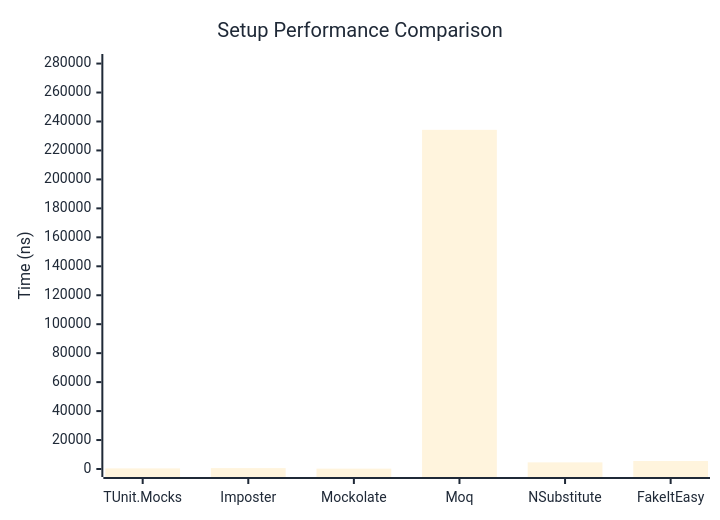
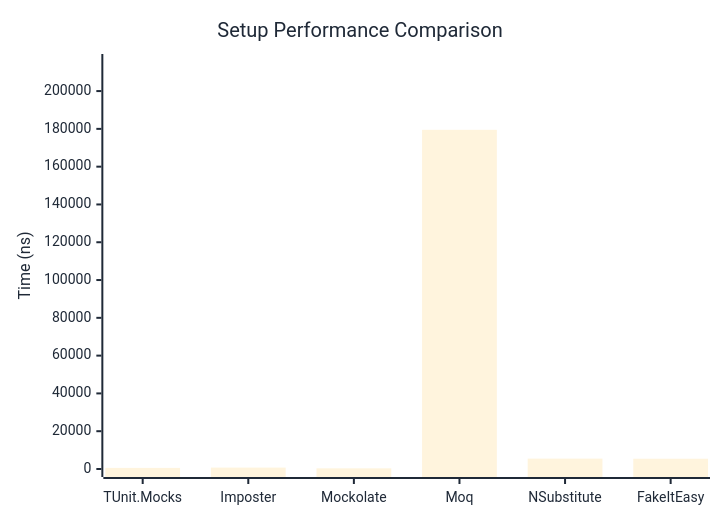
One commit to thomhurst/TUnit changed the first of 2 diagrams in docs/docs/benchmarks/mocks/Setup.md. Above: the diagram before and after it, drawn with Mermaid. The commit also changed other lines of this file and 14 other files, not shown here.

````diff
--- a/docs/docs/benchmarks/mocks/Setup.md
+++ b/docs/docs/benchmarks/mocks/Setup.md
@@ -30,27 +30,27 @@
 ```mermaid
 %%{init: {
   'theme':'base',
   'themeVariables': {
     'primaryColor': '#2563eb',
     'primaryTextColor': '#1f2937',
     'primaryBorderColor': '#1e40af',
     'lineColor': '#6b7280',
     'secondaryColor': '#7c3aed',
     'tertiaryColor': '#dc2626',
     'background': '#ffffff',
     'pie1': '#2563eb',
     'pie2': '#7c3aed',
     'pie3': '#dc2626',
     'pie4': '#f59e0b',
     'pie5': '#10b981',
     'pie6': '#06b6d4',
     'pie7': '#ec4899',
     'pie8': '#6366f1'
   }
 }}%%
 xychart-beta
   title "Setup Performance Comparison"
   x-axis ["TUnit.Mocks", "Imposter", "Mockolate", "Moq", "NSubstitute", "FakeItEasy"]
-  y-axis "Time (ns)" 0 --> 281081
-  bar [426.3, 617.9, 251.5, 234233.4, 4587.9, 5523.2]
+  y-axis "Time (ns)" 0 --> 215387
+  bar [576.3, 739.9, 348.4, 179489.1, 5499.8, 5427.9]
 ```
````
